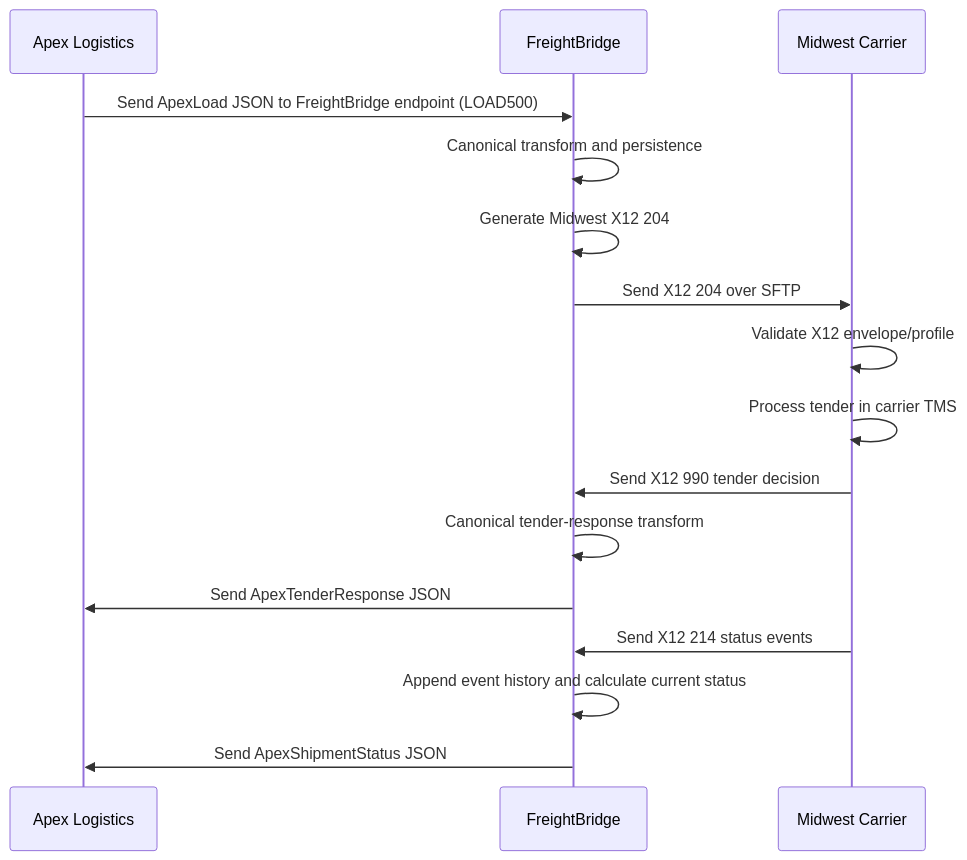
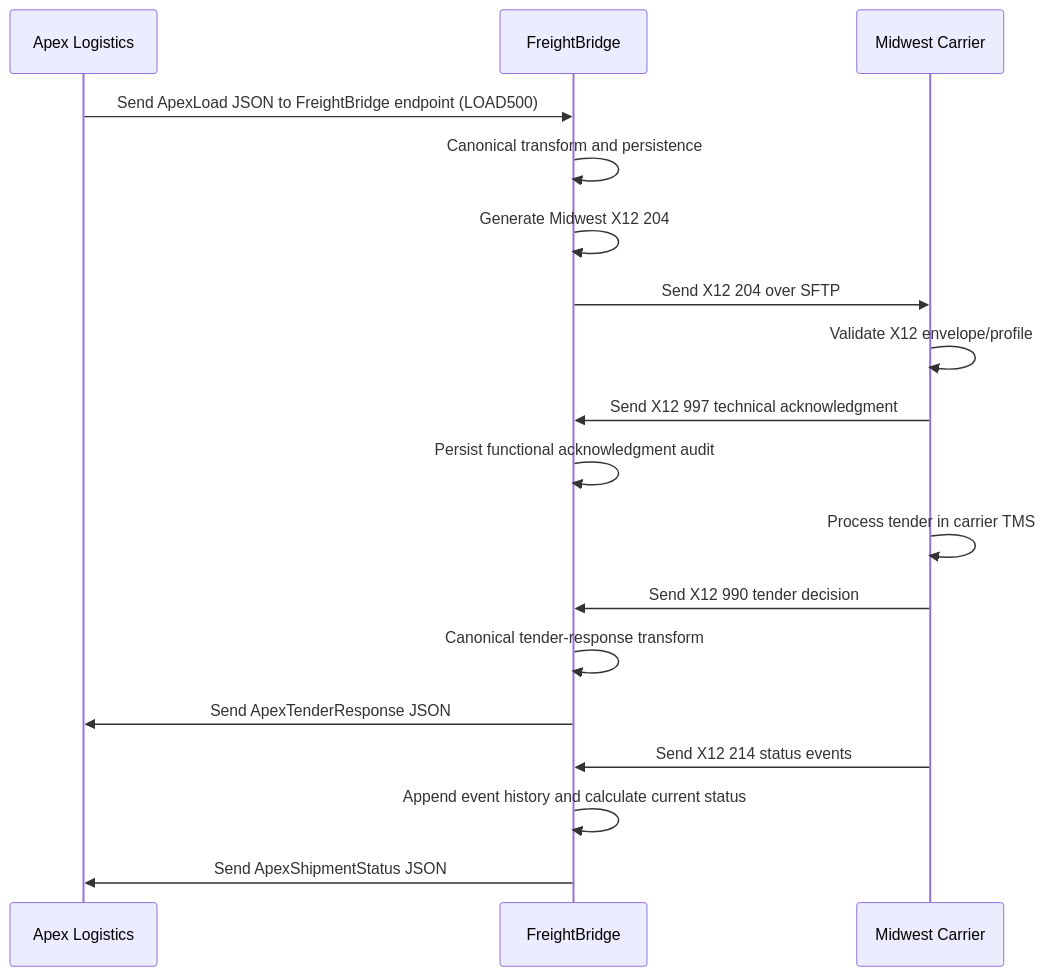
Before and after one commit to Ryandeboss/FreightBridge: the diagram in docs/architecture/interface-control-document.md, drawn with Mermaid. The commit also changed other lines of this file and 39 other files, not shown here.

Commit message:
Implement X12 997 functional acknowledgment flow

````diff
--- a/docs/architecture/interface-control-document.md
+++ b/docs/architecture/interface-control-document.md
@@ -116,19 +118,21 @@
 ```mermaid
 sequenceDiagram
   participant Apex as Apex Logistics
   participant FB as FreightBridge
   participant Midwest as Midwest Carrier
 
   Apex->>FB: Send ApexLoad JSON to FreightBridge endpoint (LOAD500)
   FB->>FB: Canonical transform and persistence
   FB->>FB: Generate Midwest X12 204
   FB->>Midwest: Send X12 204 over SFTP
   Midwest->>Midwest: Validate X12 envelope/profile
+  Midwest->>FB: Send X12 997 technical acknowledgment
+  FB->>FB: Persist functional acknowledgment audit
   Midwest->>Midwest: Process tender in carrier TMS
   Midwest->>FB: Send X12 990 tender decision
   FB->>FB: Canonical tender-response transform
   FB->>Apex: Send ApexTenderResponse JSON
   Midwest->>FB: Send X12 214 status events
   FB->>FB: Append event history and calculate current status
   FB->>Apex: Send ApexShipmentStatus JSON
 ```
````
